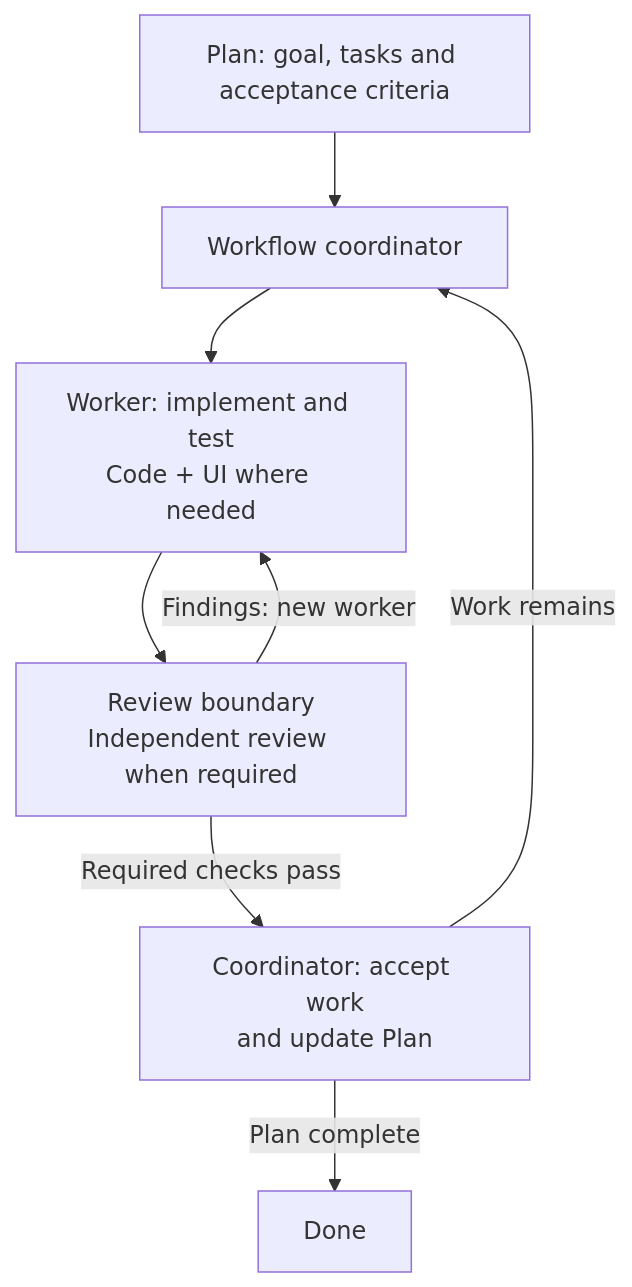
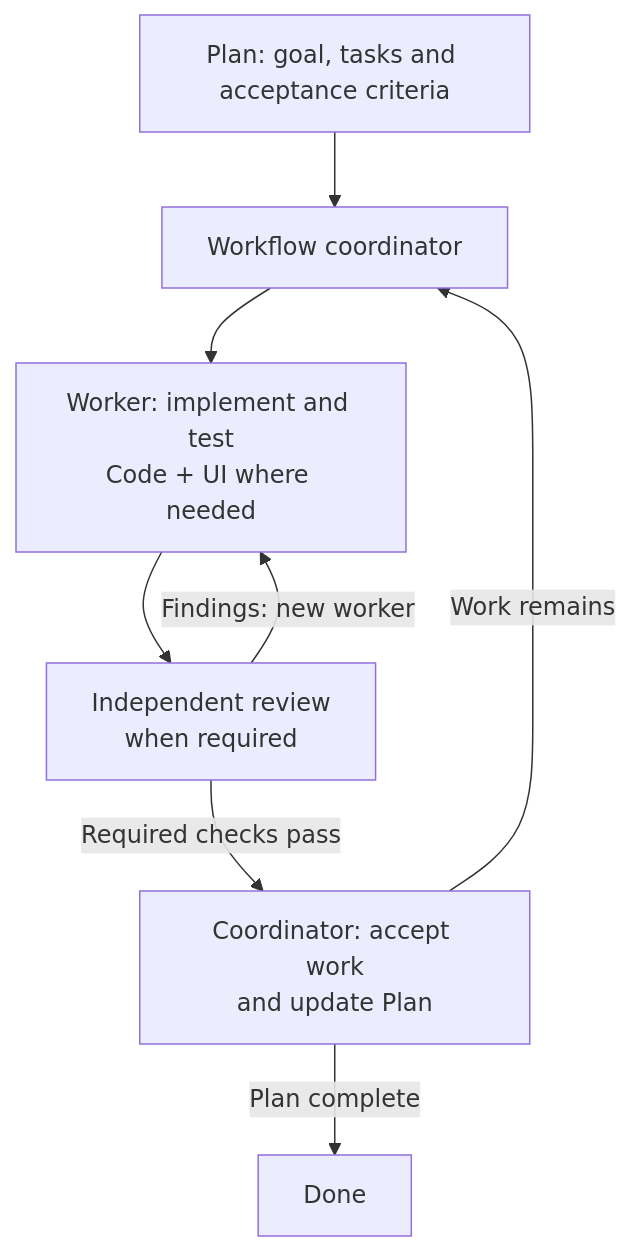
One commit to benjaminstelzer/BenjaminStelzer changed the diagram in README.md. Above: the diagram before and after it, drawn with Mermaid. The commit also changed other lines of this file, not shown here.

Commit message:
Simplify review diagram wording and example introduction

````diff
--- a/README.md
+++ b/README.md
@@ -39,10 +39,10 @@
 ```mermaid
 flowchart TD
     P["Plan: goal, tasks and acceptance criteria"] --> C["Workflow coordinator"]
     C --> W["Worker: implement and test<br/>Code + UI where needed"]
-    W --> R["Review boundary<br/>Independent review when required"]
+    W --> R["Independent review<br/>when required"]
     R -->|Findings: new worker| W
     R -->|Required checks pass| A["Coordinator: accept work<br/>and update Plan"]
     A -->|Work remains| C
     A -->|Plan complete| D["Done"]
 ```
````
